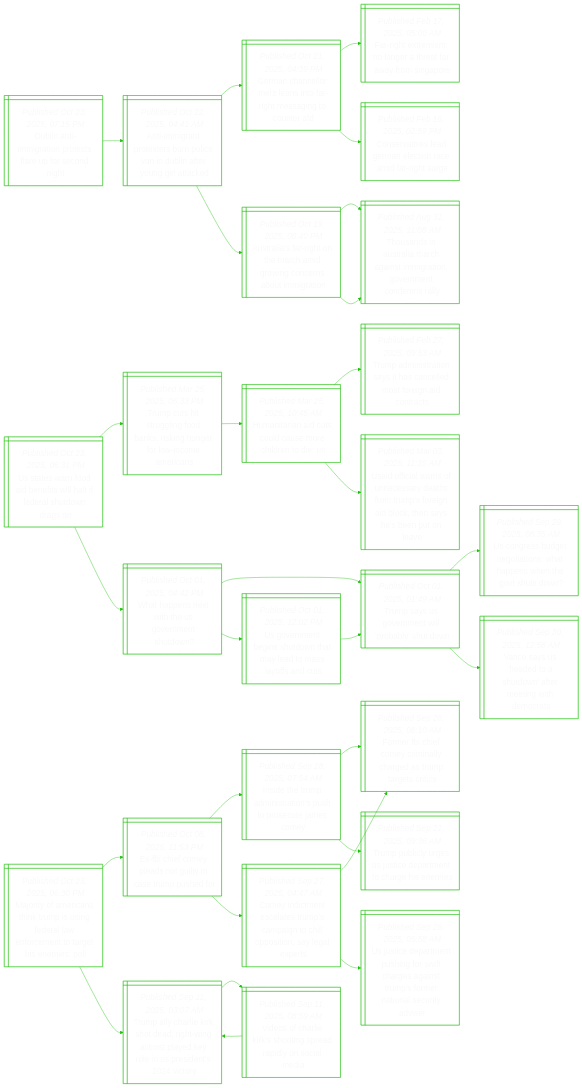
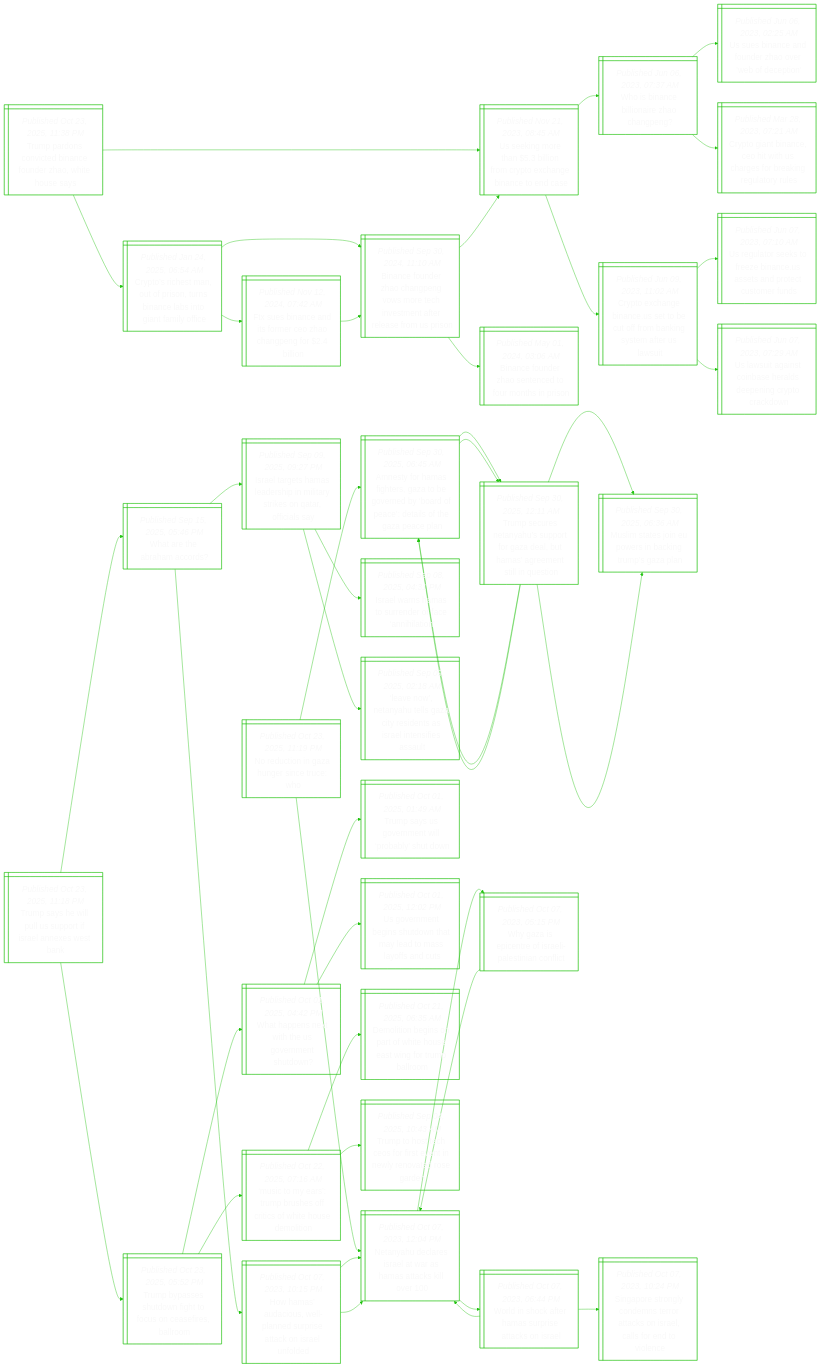
Before and after one commit to notJmes/notJmes: the diagram in README.md, drawn with Mermaid. The commit also changed other lines of this file, not shown here.

````diff
--- a/README.md
+++ b/README.md
@@ -16,97 +16,136 @@
 flowchart LR
 classDef txtsize font-size:20px;
 
-Dnirnelpen@{ shape: win-pane, label: "_Published Oct 23, 2025, 07:15 PM_
-Dublin anti-immigration protests flare up for second night" }
-Amaoerinbfoitd@{ shape: win-pane, label: "_Published Oct 22, 2025, 04:41 AM_
-Anti-immigrant protesters burn police van in dublin after young girl attacked" }
-GncrliahsguA@{ shape: win-pane, label: "_Published Oct 21, 2025, 04:39 PM_
-German chancellor merz leans into far-right messaging to counter afd" }
-Fgtsoaaarnr@{ shape: win-pane, label: "_Published Feb 17, 2025, 05:00 AM_
-Far-right extremism: no longer a threat far away from singapore" }
-Crvamenaahg@{ shape: win-pane, label: "_Published Feb 16, 2025, 02:59 PM_
-Conservatives lead german election race amid far-right surge" }
-Aafgtriwonuii@{ shape: win-pane, label: "_Published Oct 19, 2025, 08:40 PM_
-Australia’s far-right on the march amid growing concerns about immigration" }
-Tanrmasiivensy@{ shape: win-pane, label: "_Published Aug 31, 2025, 11:08 AM_
-Thousands in australia march against immigration, government condemns rally" }
-Tanrmasiivensy@{ shape: win-pane, label: "_Published Aug 31, 2025, 11:08 AM_
-Thousands in australia march against immigration, government condemns rally" }
+TpnvdnuZhoa@{ shape: win-pane, label: "_Published Oct 23, 2025, 11:38 PM_
+Trump pardons convicted binance founder zhao, white house says" }
+Ukoalryxgaoa@{ shape: win-pane, label: "_Published Nov 21, 2023, 08:45 AM_
+Us seeking more than $5.3 billion from crypto exchange binance to end case" }
+WBcliang@{ shape: win-pane, label: "_Published Jun 06, 2023, 07:37 AM_
+Who is binance billionaire zhao changpeng?" }
+Usnddarfp@{ shape: win-pane, label: "_Published Jun 06, 2023, 02:25 AM_
+Us sues binance and founder zhao over 'web of deception'" }
+CotnOicebigol@{ shape: win-pane, label: "_Published Mar 28, 2023, 07:21 AM_
+Crypto giant binance, ceo hit with us charges for breaking regulatory rules" }
+Coaietcfbnttli@{ shape: win-pane, label: "_Published Jun 09, 2023, 11:02 AM_
+Crypto exchange binance.us set to be cut off from banking system after us lawsuit" }
+Uurseiesntued@{ shape: win-pane, label: "_Published Jun 07, 2023, 07:10 AM_
+Us regulator seeks to freeze binance.us assets and protect customer funds" }
+Usgtbesecok@{ shape: win-pane, label: "_Published Jun 07, 2023, 07:29 AM_
+Us lawsuit against coinbase heralds deepening crypto crackdown" }
+CohaosrnLnamf@{ shape: win-pane, label: "_Published Jan 24, 2025, 06:54 AM_
+Crypto’s richest man, out of prison, turns binance labs into giant family office" }
+BcnhanstnmfeeUs@{ shape: win-pane, label: "_Published Sep 30, 2024, 11:10 AM_
+Binance founder zhao changpeng vows more tech investment after release from us prison" }
+Bcnhneonno@{ shape: win-pane, label: "_Published May 01, 2024, 03:06 AM_
+Binance founder zhao sentenced to four months in prison" }
+Ukoalryxgaoa@{ shape: win-pane, label: "_Published Nov 21, 2023, 08:45 AM_
+Us seeking more than $5.3 billion from crypto exchange binance to end case" }
+Feanfrhanbo@{ shape: win-pane, label: "_Published Nov 12, 2024, 07:42 AM_
+Ftx sues binance and its former ceo zhao changpeng for $2.4 billion" }
+BcnhanstnmfeeUs@{ shape: win-pane, label: "_Published Sep 30, 2024, 11:10 AM_
+Binance founder zhao changpeng vows more tech investment after release from us prison" }
 
-Dnirnelpen:::txtsize --> Amaoerinbfoitd:::txtsize
-Amaoerinbfoitd:::txtsize --> GncrliahsguA:::txtsize
-GncrliahsguA:::txtsize --> Fgtsoaaarnr:::txtsize
-GncrliahsguA:::txtsize --> Crvamenaahg:::txtsize
-Amaoerinbfoitd:::txtsize --> Aafgtriwonuii:::txtsize
-Aafgtriwonuii:::txtsize --> Tanrmasiivensy:::txtsize
-Aafgtriwonuii:::txtsize --> Tanrmasiivensy:::txtsize
+TpnvdnuZhoa:::txtsize --> Ukoalryxgaoa:::txtsize
+Ukoalryxgaoa:::txtsize --> WBcliang:::txtsize
+WBcliang:::txtsize --> Usnddarfp:::txtsize
+WBcliang:::txtsize --> CotnOicebigol:::txtsize
+Ukoalryxgaoa:::txtsize --> Coaietcfbnttli:::txtsize
+Coaietcfbnttli:::txtsize --> Uurseiesntued:::txtsize
+Coaietcfbnttli:::txtsize --> Usgtbesecok:::txtsize
+TpnvdnuZhoa:::txtsize --> CohaosrnLnamf:::txtsize
+CohaosrnLnamf:::txtsize --> BcnhanstnmfeeUs:::txtsize
+BcnhanstnmfeeUs:::txtsize --> Bcnhneonno:::txtsize
+BcnhanstnmfeeUs:::txtsize --> Ukoalryxgaoa:::txtsize
+CohaosrnLnamf:::txtsize --> Feanfrhanbo:::txtsize
+Feanfrhanbo:::txtsize --> BcnhanstnmfeeUs:::txtsize
 
-Utrdetliehwg@{ shape: win-pane, label: "_Published Oct 23, 2025, 06:31 PM_
-Us states warn food aid benefits will halt if federal shutdown drags on" }
-Tciundsinoiei@{ shape: win-pane, label: "_Published Mar 25, 2025, 06:33 PM_
-Trump cuts hit struggling food banks, risking hunger for low-income americans" }
-Hiacoaoine@{ shape: win-pane, label: "_Published Mar 25, 2025, 10:45 AM_
-Humanitarian aid cuts could cause more children to die: un" }
-Taitahnetidr@{ shape: win-pane, label: "_Published Feb 27, 2025, 09:53 AM_
-Trump administration says it has cancelled most foreign aid contracts" }
-Uoirueyhmpeicnheov@{ shape: win-pane, label: "_Published Mar 03, 2025, 11:35 AM_
-Usaid official warns of unnecessary deaths from trump's foreign aid block, then says he's been put on leave" }
+NunzgnuO@{ shape: win-pane, label: "_Published Oct 23, 2025, 11:19 PM_
+No reduction in gaza hunger since truce: who" }
+AtHfezerydatoGel@{ shape: win-pane, label: "_Published Sep 30, 2025, 06:45 AM_
+Amnesty for hamas fighters, gaza to be governed by ‘board of peace’: details of the gaza peace plan" }
+Tseaupoabmrnluo@{ shape: win-pane, label: "_Published Sep 30, 2025, 12:11 AM_
+Trump secures netanyahu’s support for gaza deal, but hamas’ agreement still in question" }
+AtHfezerydatoGel@{ shape: win-pane, label: "_Published Sep 30, 2025, 06:45 AM_
+Amnesty for hamas fighters, gaza to be governed by ‘board of peace’: details of the gaza peace plan" }
+Mmenwniuaa@{ shape: win-pane, label: "_Published Sep 30, 2025, 06:36 AM_
+Muslim states join eu powers in backing trump’s gaza plan" }
+Tseaupoabmrnluo@{ shape: win-pane, label: "_Published Sep 30, 2025, 12:11 AM_
+Trump secures netanyahu’s support for gaza deal, but hamas’ agreement still in question" }
+AtHfezerydatoGel@{ shape: win-pane, label: "_Published Sep 30, 2025, 06:45 AM_
+Amnesty for hamas fighters, gaza to be governed by ‘board of peace’: details of the gaza peace plan" }
+Mmenwniuaa@{ shape: win-pane, label: "_Published Sep 30, 2025, 06:36 AM_
+Muslim states join eu powers in backing trump’s gaza plan" }
+NyeeawHakl@{ shape: win-pane, label: "_Published Oct 07, 2023, 12:04 PM_
+Netanyahu declares israel at war as hamas attacks kill over 100" }
+WzptIleint@{ shape: win-pane, label: "_Published Oct 07, 2023, 05:15 PM_
+Why gaza is epicentre of israeli-palestinian conflict" }
+NyeeawHakl@{ shape: win-pane, label: "_Published Oct 07, 2023, 12:04 PM_
+Netanyahu declares israel at war as hamas attacks kill over 100" }
+Wiceapaks@{ shape: win-pane, label: "_Published Oct 07, 2023, 06:44 PM_
+World in shock after hamas surprise attacks on israel" }
+NyeeawHakl@{ shape: win-pane, label: "_Published Oct 07, 2023, 12:04 PM_
+Netanyahu declares israel at war as hamas attacks kill over 100" }
+SptldtrcIlsnic@{ shape: win-pane, label: "_Published Oct 07, 2023, 10:24 PM_
+Singapore strongly condemns terror attacks on israel, calls for end to violence" }
+
+NunzgnuO:::txtsize --> AtHfezerydatoGel:::txtsize
+AtHfezerydatoGel:::txtsize --> Tseaupoabmrnluo:::txtsize
+Tseaupoabmrnluo:::txtsize --> AtHfezerydatoGel:::txtsize
+Tseaupoabmrnluo:::txtsize --> Mmenwniuaa:::txtsize
+AtHfezerydatoGel:::txtsize --> Tseaupoabmrnluo:::txtsize
+Tseaupoabmrnluo:::txtsize --> AtHfezerydatoGel:::txtsize
+Tseaupoabmrnluo:::txtsize --> Mmenwniuaa:::txtsize
+NunzgnuO:::txtsize --> NyeeawHakl:::txtsize
+NyeeawHakl:::txtsize --> WzptIleint:::txtsize
+WzptIleint:::txtsize --> NyeeawHakl:::txtsize
+NyeeawHakl:::txtsize --> Wiceapaks:::txtsize
+Wiceapaks:::txtsize --> NyeeawHakl:::txtsize
+Wiceapaks:::txtsize --> SptldtrcIlsnic:::txtsize
+
+TsepSoIlxsk@{ shape: win-pane, label: "_Published Oct 23, 2025, 11:18 PM_
+Trump says he will pull us support if israel annexes west bank" }
+WrAao@{ shape: win-pane, label: "_Published Sep 15, 2025, 05:46 PM_
+What are the abraham accords?" }
+Ilemahmaroais@{ shape: win-pane, label: "_Published Sep 09, 2025, 09:27 PM_
+Israel targets hamas leadership in military strikes on qatar, officials say" }
+Ilssreana@{ shape: win-pane, label: "_Published Sep 08, 2025, 04:31 PM_
+Israel warns hamas to surrender or face ‘annihilation’" }
+Lnthlareseeis@{ shape: win-pane, label: "_Published Sep 09, 2025, 02:18 AM_
+‘leave now’, netanyahu tells gaza city residents as israel intensifies assault" }
+Hmdulnrecsud@{ shape: win-pane, label: "_Published Oct 07, 2023, 10:15 PM_
+How hamas’ audacious, well-planned surprise attack on israel unfolded" }
+NyeeawHakl@{ shape: win-pane, label: "_Published Oct 07, 2023, 12:04 PM_
+Netanyahu declares israel at war as hamas attacks kill over 100" }
+NyeeawHakl@{ shape: win-pane, label: "_Published Oct 07, 2023, 12:04 PM_
+Netanyahu declares israel at war as hamas attacks kill over 100" }
+Tbsuntccfbo@{ shape: win-pane, label: "_Published Oct 23, 2025, 05:52 PM_
+Trump bypasses shutdown fight to focus on ceasefires, ballroom" }
 Waswhomhw@{ shape: win-pane, label: "_Published Oct 01, 2025, 04:42 PM_
 What happens next with the us government shutdown?" }
 TsSrtpbun@{ shape: win-pane, label: "_Published Oct 01, 2025, 01:49 AM_
 Trump says us government will ‘probably’ shut down" }
-Ugbttoaphesd@{ shape: win-pane, label: "_Published Sep 29, 2025, 08:35 AM_
-Us congress budget negotiations: what happens when the govt shuts down?" }
-VsSesotewea@{ shape: win-pane, label: "_Published Sep 30, 2025, 12:58 AM_
-Vance says us ‘headed to a shutdown’ after meeting with democrats" }
 Ueniunmaayat@{ shape: win-pane, label: "_Published Oct 01, 2025, 12:02 PM_
 Us government begins shutdown that may lead to mass layoffs and cuts" }
-TsSrtpbun@{ shape: win-pane, label: "_Published Oct 01, 2025, 01:49 AM_
-Trump says us government will ‘probably’ shut down" }
+Mtauuoiotsoo@{ shape: win-pane, label: "_Published Oct 22, 2025, 07:16 AM_
+‘music to my ears’: trump brushes off critics of white house demolition" }
+DibsrhoanTbo@{ shape: win-pane, label: "_Published Oct 21, 2025, 06:35 AM_
+Demolition begins on part of white house east wing for trump ballroom" }
+TttCosneetsd@{ shape: win-pane, label: "_Published Sep 04, 2025, 10:43 AM_
+Trump to host tech ceos for first event in newly renovated rose garden" }
 
-Utrdetliehwg:::txtsize --> Tciundsinoiei:::txtsize
-Tciundsinoiei:::txtsize --> Hiacoaoine:::txtsize
-Hiacoaoine:::txtsize --> Taitahnetidr:::txtsize
-Hiacoaoine:::txtsize --> Uoirueyhmpeicnheov:::txtsize
-Utrdetliehwg:::txtsize --> Waswhomhw:::txtsize
+TsepSoIlxsk:::txtsize --> WrAao:::txtsize
+WrAao:::txtsize --> Ilemahmaroais:::txtsize
+Ilemahmaroais:::txtsize --> Ilssreana:::txtsize
+Ilemahmaroais:::txtsize --> Lnthlareseeis:::txtsize
+WrAao:::txtsize --> Hmdulnrecsud:::txtsize
+Hmdulnrecsud:::txtsize --> NyeeawHakl:::txtsize
+Hmdulnrecsud:::txtsize --> NyeeawHakl:::txtsize
+TsepSoIlxsk:::txtsize --> Tbsuntccfbo:::txtsize
+Tbsuntccfbo:::txtsize --> Waswhomhw:::txtsize
 Waswhomhw:::txtsize --> TsSrtpbun:::txtsize
-TsSrtpbun:::txtsize --> Ugbttoaphesd:::txtsize
-TsSrtpbun:::txtsize --> VsSesotewea:::txtsize
 Waswhomhw:::txtsize --> Ueniunmaayat:::txtsize
-Ueniunmaayat:::txtsize --> TsSrtpbun:::txtsize
-
-MiAchrsgrwrnaheP@{ shape: win-pane, label: "_Published Oct 23, 2025, 06:30 PM_
-Majority of americans think trump is using federal law enforcement to target his enemies: poll" }
-EcCpsuiepe@{ shape: win-pane, label: "_Published Oct 08, 2025, 11:53 PM_
-Ex-fbi chief comey pleads not guilty in case trump pushed for" }
-Ierdsiupcao@{ shape: win-pane, label: "_Published Sep 28, 2025, 07:54 AM_
-Inside the trump administration’s push to prosecute james comey" }
-Frhorahdurcc@{ shape: win-pane, label: "_Published Sep 26, 2025, 08:10 AM_
-Former fbi chief comey criminally charged as trump targets critics" }
-TpcgJcanhhe@{ shape: win-pane, label: "_Published Sep 21, 2025, 09:36 AM_
-Trump publicly urges us justice department to charge his enemies" }
-Citearcicoisgp@{ shape: win-pane, label: "_Published Sep 27, 2025, 04:47 AM_
-Comey indictment escalates trump’s campaign to chill opposition, say legal experts" }
-Frhorahdurcc@{ shape: win-pane, label: "_Published Sep 26, 2025, 08:10 AM_
-Former fbi chief comey criminally charged as trump targets critics" }
-Utemugwhsnuonncys@{ shape: win-pane, label: "_Published Sep 26, 2025, 05:58 AM_
-Us justice department pushing for swift charges against trump’s former national security adviser" }
-TahesegnipdoUstt@{ shape: win-pane, label: "_Published Sep 11, 2025, 03:07 AM_
-Trump ally charlie kirk shot dead; right-wing activist played key role in us president’s 2024 victory" }
-VsaKsirayce@{ shape: win-pane, label: "_Published Sep 11, 2025, 08:59 AM_
-Videos of charlie kirk’s shooting spread rapidly on social media" }
-TahesegnipdoUstt@{ shape: win-pane, label: "_Published Sep 11, 2025, 03:07 AM_
-Trump ally charlie kirk shot dead; right-wing activist played key role in us president’s 2024 victory" }
-
-MiAchrsgrwrnaheP:::txtsize --> EcCpsuiepe:::txtsize
-EcCpsuiepe:::txtsize --> Ierdsiupcao:::txtsize
-Ierdsiupcao:::txtsize --> Frhorahdurcc:::txtsize
-Ierdsiupcao:::txtsize --> TpcgJcanhhe:::txtsize
-EcCpsuiepe:::txtsize --> Citearcicoisgp:::txtsize
-Citearcicoisgp:::txtsize --> Frhorahdurcc:::txtsize
-Citearcicoisgp:::txtsize --> Utemugwhsnuonncys:::txtsize
-MiAchrsgrwrnaheP:::txtsize --> TahesegnipdoUstt:::txtsize
-TahesegnipdoUstt:::txtsize --> VsaKsirayce:::txtsize
-VsaKsirayce:::txtsize --> TahesegnipdoUstt:::txtsize
+Tbsuntccfbo:::txtsize --> Mtauuoiotsoo:::txtsize
+Mtauuoiotsoo:::txtsize --> DibsrhoanTbo:::txtsize
+Mtauuoiotsoo:::txtsize --> TttCosneetsd:::txtsize
 
 ```
````
